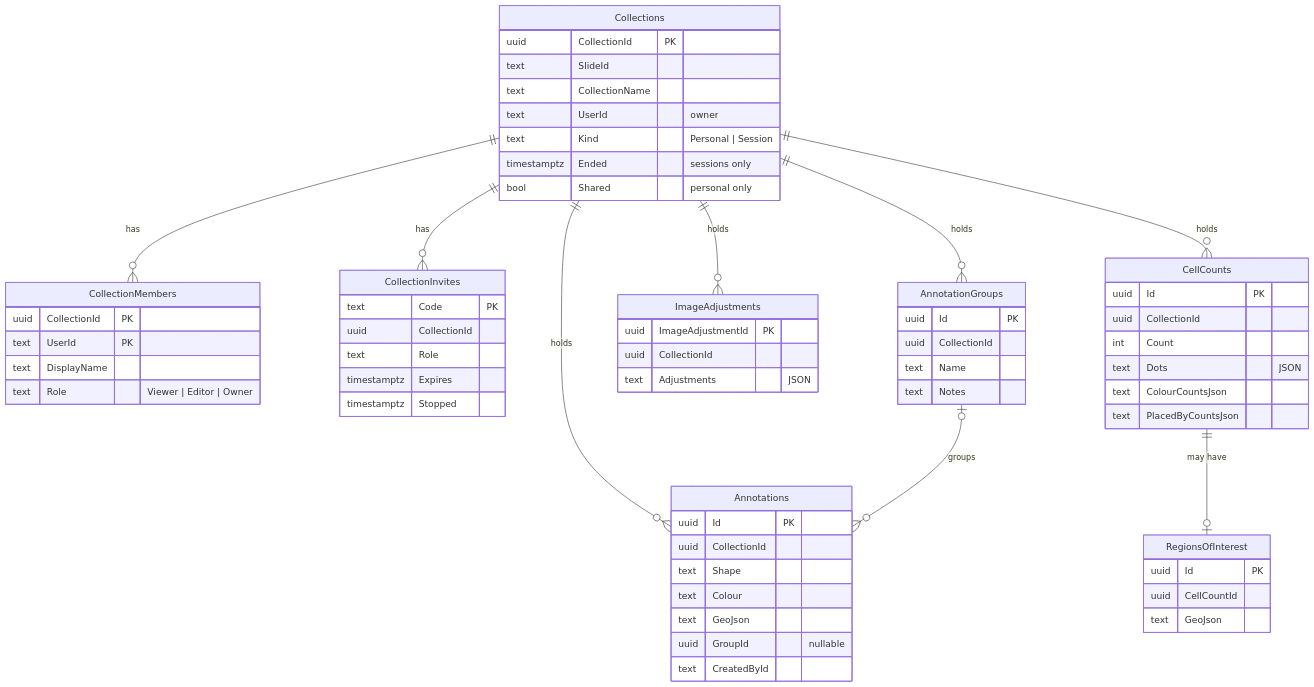
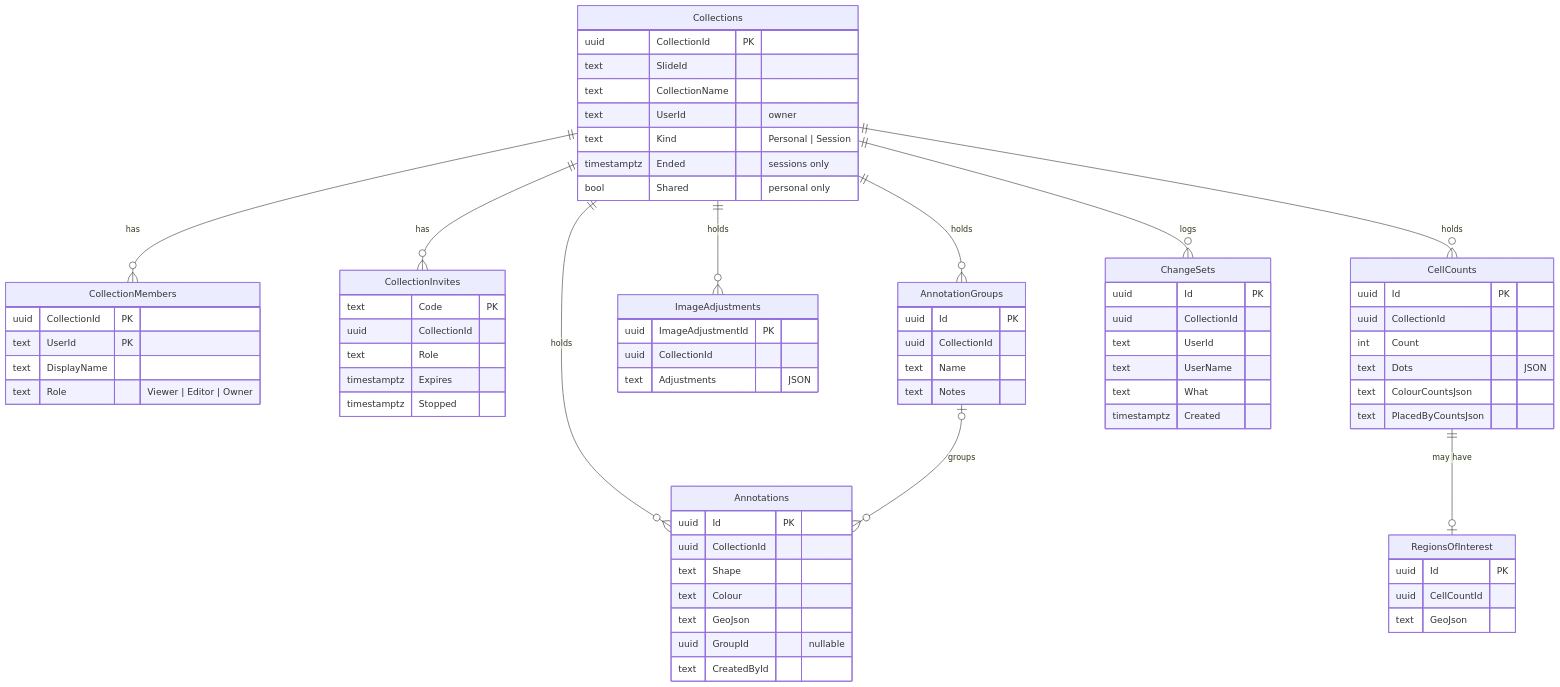
The second of 6 diagrams in docs/breakdown/annotation-store.md (ewanhmack05/Diss-Project), drawn with Mermaid before and after one commit. The commit also changed other lines of this file and 88 other files, not shown here.

````diff
--- a/docs/breakdown/annotation-store.md
+++ b/docs/breakdown/annotation-store.md
@@ -84,67 +86,76 @@
 ```mermaid
 erDiagram
   Collections ||--o{ CollectionMembers : "has"
   Collections ||--o{ CollectionInvites : "has"
   Collections ||--o{ Annotations : "holds"
   Collections ||--o{ CellCounts : "holds"
   Collections ||--o{ ImageAdjustments : "holds"
   Collections ||--o{ AnnotationGroups : "holds"
   AnnotationGroups |o--o{ Annotations : "groups"
   CellCounts ||--o| RegionsOfInterest : "may have"
+  Collections ||--o{ ChangeSets : "logs"
 
   Collections {
     uuid CollectionId PK
     text SlideId
     text CollectionName
     text UserId "owner"
     text Kind "Personal | Session"
     timestamptz Ended "sessions only"
     bool Shared "personal only"
   }
   CollectionMembers {
     uuid CollectionId PK
     text UserId PK
     text DisplayName
     text Role "Viewer | Editor | Owner"
   }
   CollectionInvites {
     text Code PK
     uuid CollectionId
     text Role
     timestamptz Expires
     timestamptz Stopped
   }
   Annotations {
     uuid Id PK
     uuid CollectionId
     text Shape
     text Colour
     text GeoJson
     uuid GroupId "nullable"
     text CreatedById
   }
   AnnotationGroups {
     uuid Id PK
     uuid CollectionId
     text Name
     text Notes
   }
   CellCounts {
     uuid Id PK
     uuid CollectionId
     int Count
     text Dots "JSON"
     text ColourCountsJson
     text PlacedByCountsJson
   }
   RegionsOfInterest {
     uuid Id PK
     uuid CellCountId
     text GeoJson
   }
   ImageAdjustments {
     uuid ImageAdjustmentId PK
     uuid CollectionId
     text Adjustments "JSON"
   }
+  ChangeSets {
+    uuid Id PK
+    uuid CollectionId
+    text UserId
+    text UserName
+    text What
+    timestamptz Created
+  }
 ```
````
